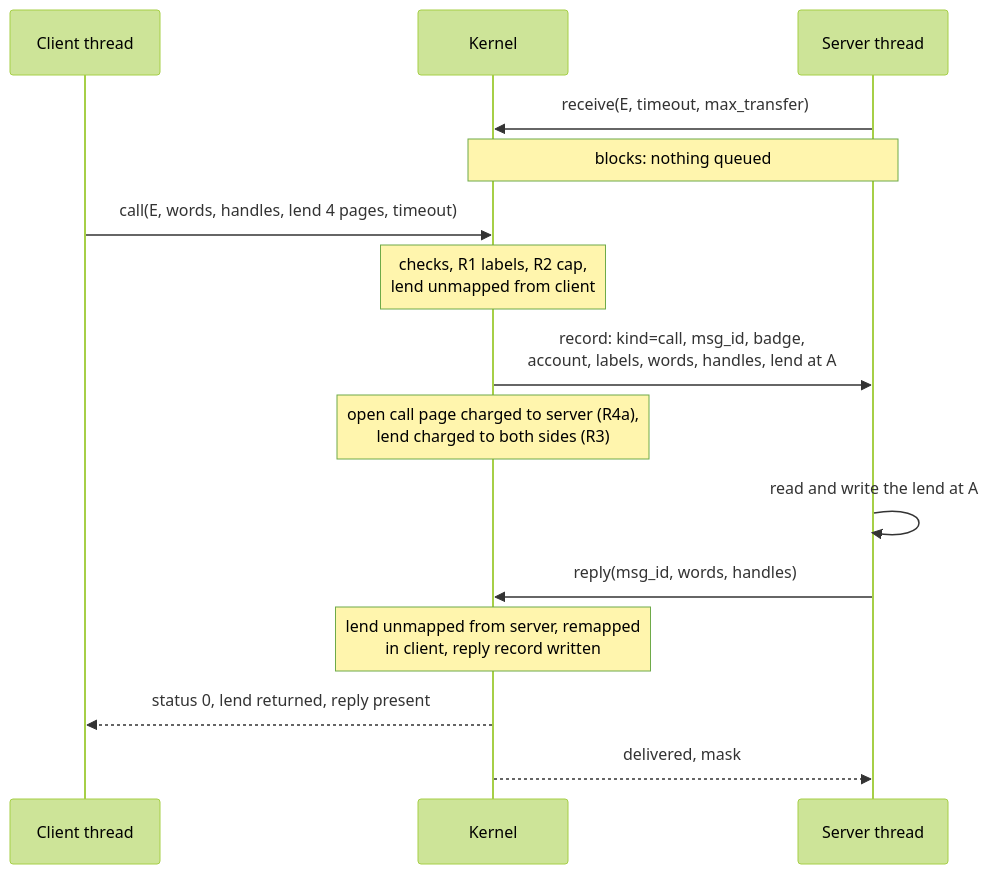
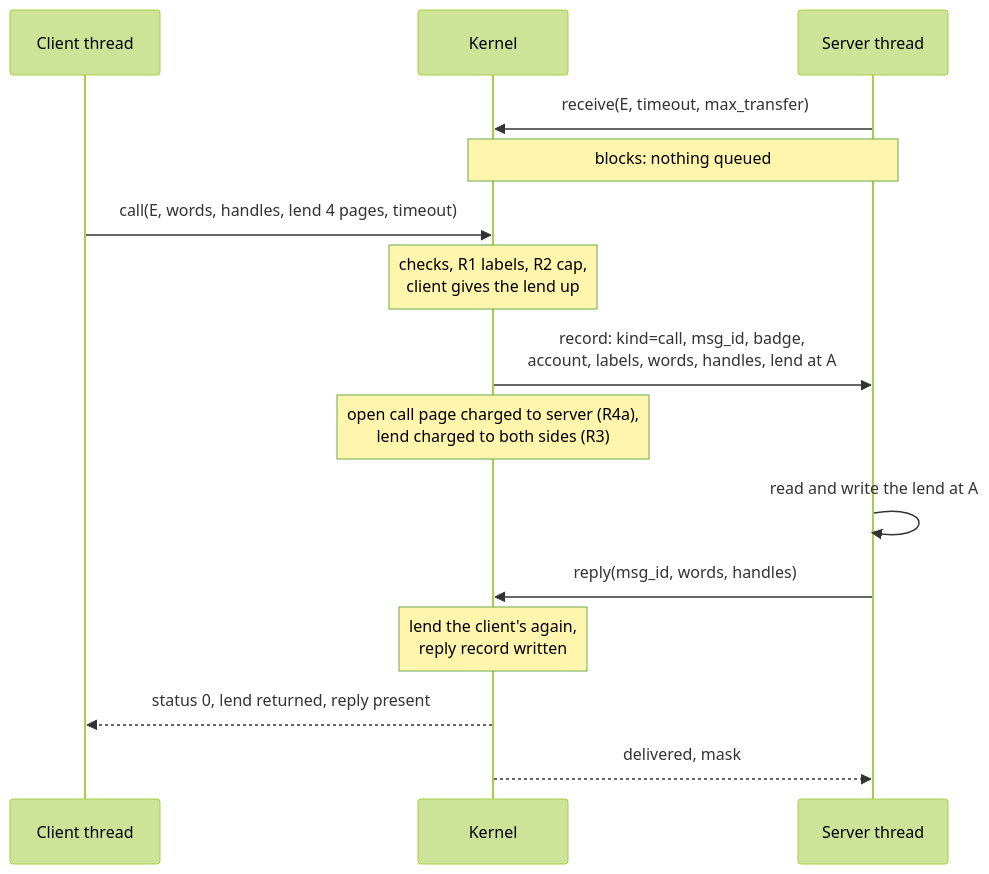
The third of 4 diagrams in docs/kernel/ipc.md (sirmick/redoubt), drawn with Mermaid (forest theme) before and after one commit. The commit also changed other lines of this file and 3 other files, not shown here.

````diff
--- a/docs/kernel/ipc.md
+++ b/docs/kernel/ipc.md
@@ -199,17 +216,17 @@
 ```mermaid
 sequenceDiagram
     participant C as Client thread
     participant K as Kernel
     participant S as Server thread
     S->>K: receive(E, timeout, max_transfer)
     Note over S,K: blocks: nothing queued
     C->>K: call(E, words, handles, lend 4 pages, timeout)
-    Note over K: checks, R1 labels, R2 cap,<br/>lend unmapped from client
+    Note over K: checks, R1 labels, R2 cap,<br/>client gives the lend up
     K->>S: record: kind=call, msg_id, badge,<br/>account, labels, words, handles, lend at A
     Note over K: open call page charged to server (R4a),<br/>lend charged to both sides (R3)
     S->>S: read and write the lend at A
     S->>K: reply(msg_id, words, handles)
-    Note over K: lend unmapped from server, remapped<br/>in client, reply record written
+    Note over K: lend the client's again,<br/>reply record written
     K-->>C: status 0, lend returned, reply present
     K-->>S: delivered, mask
 ```
````
